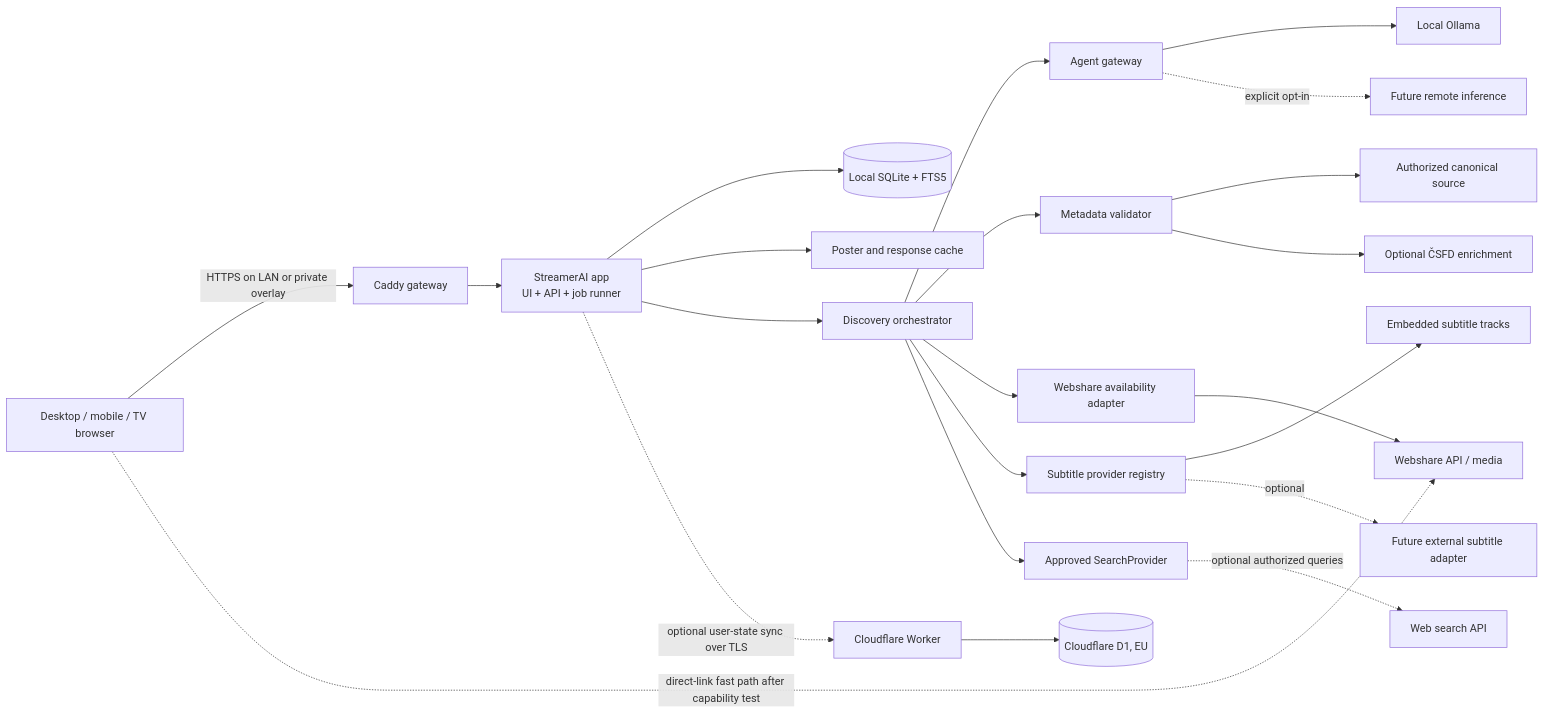
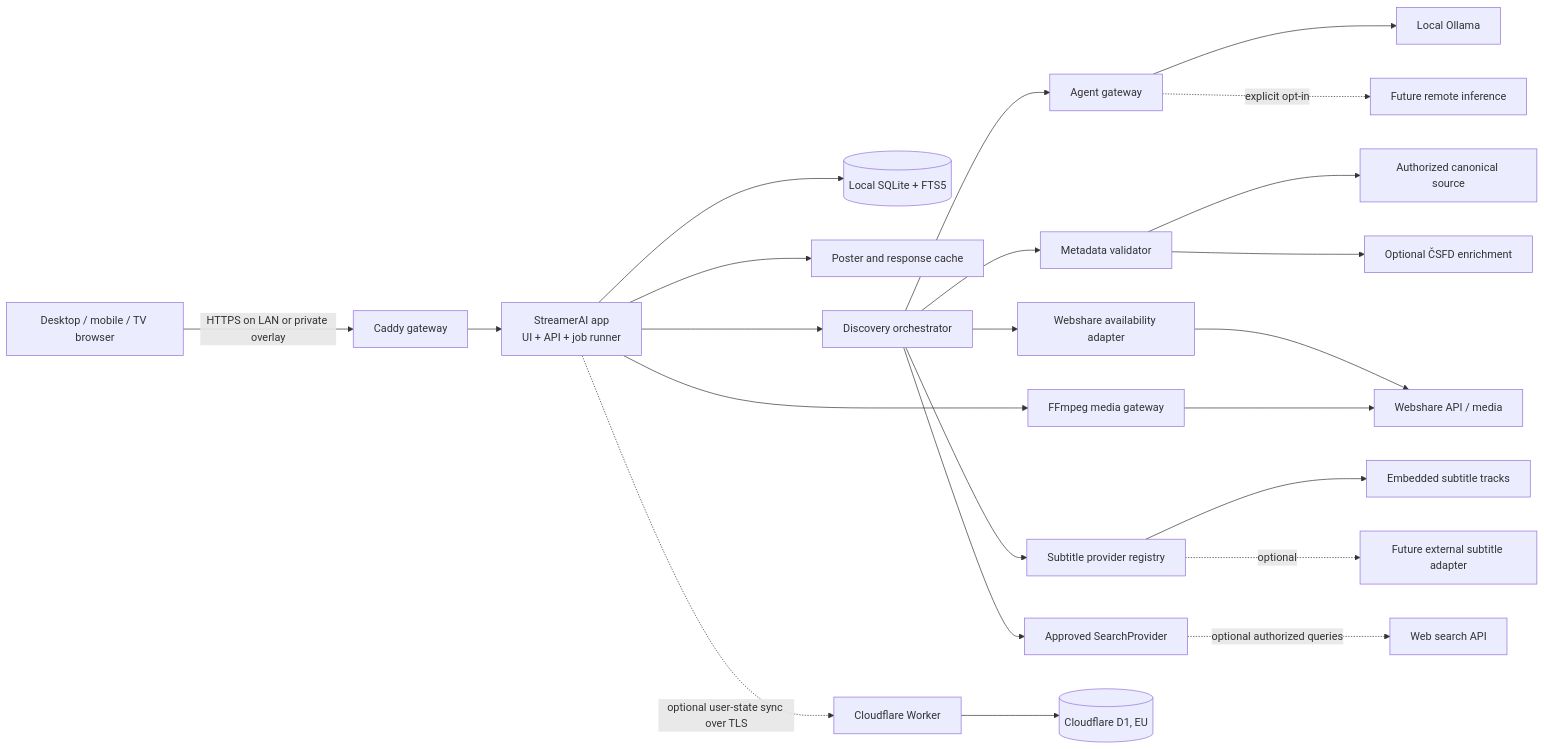
Before and after one commit to sgtkingo/Streamer: the diagram in instructions/DEPLOY.md, drawn with Mermaid. The commit also changed other lines of this file and 28 other files, not shown here.

````diff
--- a/instructions/DEPLOY.md
+++ b/instructions/DEPLOY.md
@@ -30,24 +30,25 @@
 ```mermaid
 flowchart LR
     C[Desktop / mobile / TV browser] -->|HTTPS on LAN or private overlay| G[Caddy gateway]
     G --> A[StreamerAI app<br/>UI + API + job runner]
     A --> DB[(Local SQLite + FTS5)]
     A --> FS[Poster and response cache]
     A --> D[Discovery orchestrator]
+    A --> MG[FFmpeg media gateway]
     D --> AG[Agent gateway]
     D --> M[Metadata validator]
     D --> W[Webshare availability adapter]
     D --> SUB[Subtitle provider registry]
     D --> S[Approved SearchProvider]
     W --> WS[Webshare API / media]
+    MG --> WS
     SUB --> EMB[Embedded subtitle tracks]
     SUB -. optional .-> EXT[Future external subtitle adapter]
     M --> TMDB[Authorized canonical source]
     M --> CSFD[Optional ČSFD enrichment]
     AG --> O[Local Ollama]
     AG -. explicit opt-in .-> R[Future remote inference]
     S -. optional authorized queries .-> WEB[Web search API]
     A -. optional user-state sync over TLS .-> CW[Cloudflare Worker]
     CW --> D1[(Cloudflare D1, EU)]
-    C -. direct-link fast path after capability test .-> WS
 ```
````
